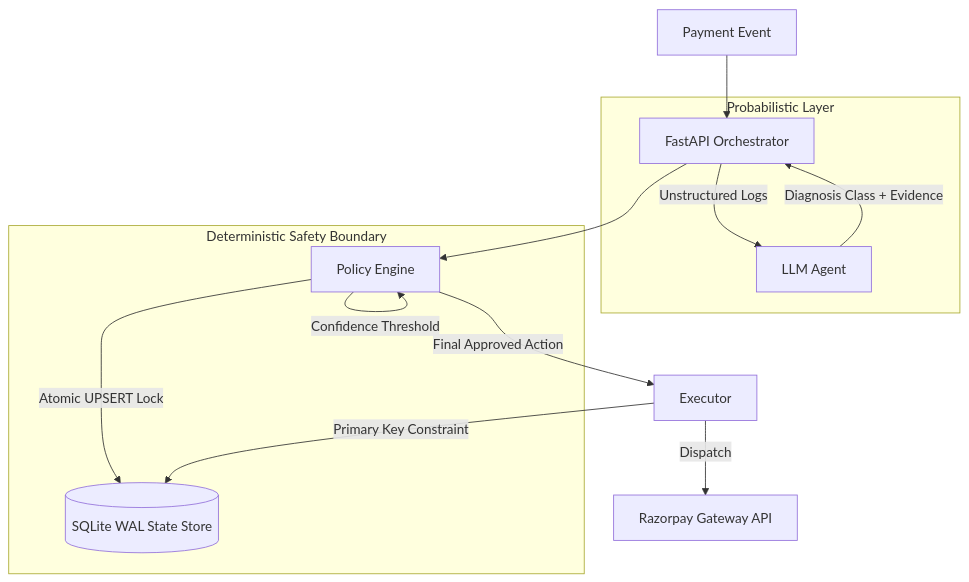
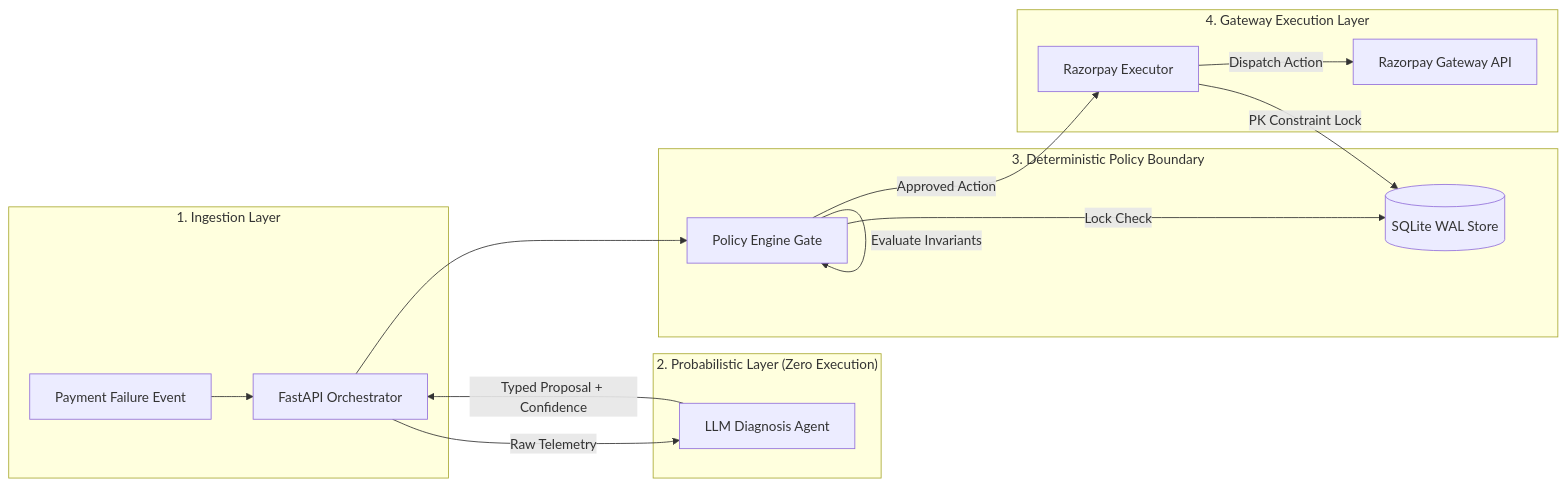
Before and after one commit to Avinraj01/Razorpay-Build_A_Thon-2026-RevGuard.ai: the third of 5 diagrams in README.md, drawn with Mermaid. The commit also changed other lines of this file, not shown here.

Commit message:
docs: upgrade README with Razorpay Track 03 problem statement, typing banner, and architecture diagrams

````diff
--- a/README.md
+++ b/README.md
@@ -27,20 +170,23 @@
 ```mermaid
-flowchart TD
-    E[Payment Event] --> O[FastAPI Orchestrator]
-    
-    subgraph "Probabilistic Layer"
-    O -->|Unstructured Logs| L[LLM Agent]
-    L -->|Diagnosis Class + Evidence| O
+flowchart LR
+    subgraph INGESTION["1. Ingestion Layer"]
+        EV[Payment Failure Event] --> ORCH[FastAPI Orchestrator]
     end
-    
-    subgraph "Deterministic Safety Boundary"
-    O --> P[Policy Engine]
-    P -->|Atomic UPSERT Lock| S[(SQLite WAL State Store)]
-    P -->|Economic Floor Check| P
-    P -->|Confidence Threshold| P
+
+    subgraph PROBABILISTIC["2. Probabilistic Layer (Zero Execution)"]
+        ORCH -->|Raw Telemetry| LLM[LLM Diagnosis Agent]
+        LLM -->|Typed Proposal + Confidence| ORCH
     end
-    
-    P -->|Final Approved Action| X[Executor]
-    X -->|Primary Key Constraint| S
-    X -->|Dispatch| RZ[Razorpay Gateway API]
+
+    subgraph DETERMINISTIC["3. Deterministic Policy Boundary"]
+        ORCH --> PE[Policy Engine Gate]
+        PE -->|Lock Check| WAL[(SQLite WAL Store)]
+        PE -->|Evaluate Invariants| PE
+    end
+
+    subgraph EXECUTION["4. Gateway Execution Layer"]
+        PE -->|Approved Action| EXEC[Razorpay Executor]
+        EXEC -->|PK Constraint Lock| WAL
+        EXEC -->|Dispatch Action| GW[Razorpay Gateway API]
+    end
 ```
````
